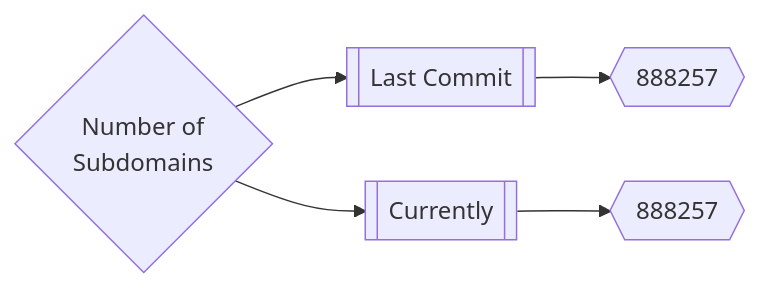
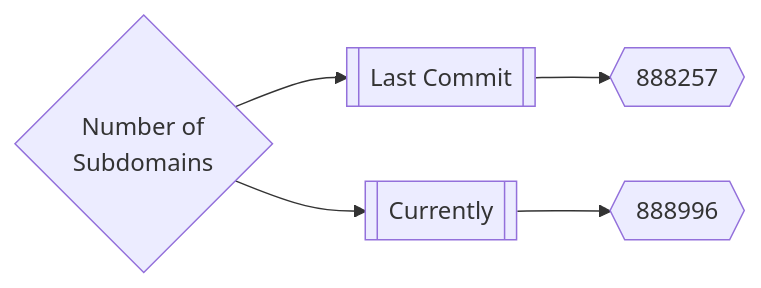
Before and after one commit to trickest/inventory: the first of 3 diagrams in README.md, drawn with Mermaid. The commit also changed other lines of this file, not shown here.

````diff
--- a/README.md
+++ b/README.md
@@ -165,5 +165,5 @@
 ```mermaid
 graph LR
 title{Number of<br>Subdomains} --> subdomainsDate1[[Last Commit]] --> subdomainsNum1{{888257}}
-title --> subdomainsDate2[[Currently]] --> subdomainsNum2{{888257}}
+title --> subdomainsDate2[[Currently]] --> subdomainsNum2{{888996}}
 ```
````
